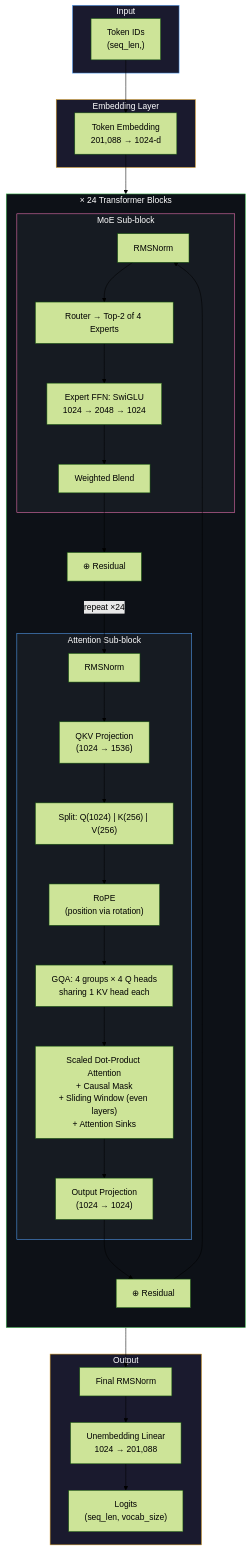
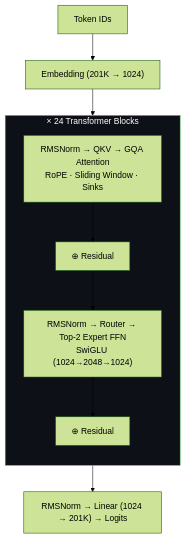
One commit to k9-007/nano-gpt-oss changed the diagram in README.md. Above: the diagram before and after it, drawn with Mermaid (forest theme).

Commit message:
Simplify architecture diagram in README

````diff
--- a/README.md
+++ b/README.md
@@ -19,55 +19,15 @@
 ```mermaid
 graph TD
-    subgraph INPUT["Input"]
-        A["Token IDs<br/>(seq_len,)"]
-    end
-
-    subgraph EMBED["Embedding Layer"]
-        B["Token Embedding<br/>201,088 → 1024-d"]
-    end
+    A["Token IDs"] --> B["Embedding (201K → 1024)"]
+    B --> BLOCK
 
     subgraph BLOCK["× 24 Transformer Blocks"]
         direction TB
-        subgraph ATTN["Attention Sub-block"]
-            C["RMSNorm"]
-            D["QKV Projection<br/>(1024 → 1536)"]
-            E["Split: Q(1024) | K(256) | V(256)"]
-            F["RoPE<br/>(position via rotation)"]
-            G["GQA: 4 groups × 4 Q heads<br/>sharing 1 KV head each"]
-            H["Scaled Dot-Product Attention<br/>+ Causal Mask<br/>+ Sliding Window (even layers)<br/>+ Attention Sinks"]
-            I["Output Projection<br/>(1024 → 1024)"]
-        end
-        J["⊕ Residual"]
-
-        subgraph MoE["MoE Sub-block"]
-            K["RMSNorm"]
-            L["Router → Top-2 of 4 Experts"]
-            M["Expert FFN: SwiGLU<br/>1024 → 2048 → 1024"]
-            N["Weighted Blend"]
-        end
-        O["⊕ Residual"]
+        C["RMSNorm → QKV → GQA Attention<br/>RoPE · Sliding Window · Sinks"] --> D["⊕ Residual"]
+        D --> E["RMSNorm → Router → Top-2 Expert FFN<br/>SwiGLU (1024→2048→1024)"] --> F["⊕ Residual"]
     end
 
-    subgraph OUTPUT["Output"]
-        P["Final RMSNorm"]
-        Q["Unembedding Linear<br/>1024 → 201,088"]
-        R["Logits<br/>(seq_len, vocab_size)"]
-    end
+    BLOCK --> G["RMSNorm → Linear (1024 → 201K) → Logits"]
 
-    A --> B
-    B --> C
-    C --> D --> E --> F --> G --> H --> I
-    I --> J
-    J --> K
-    K --> L --> M --> N
-    N --> O
-    O -->|"repeat ×24"| C
-    O --> P --> Q --> R
-
-    style INPUT fill:#1a1a2e,stroke:#58a6ff,color:#fff
-    style EMBED fill:#1a1a2e,stroke:#d29922,color:#fff
     style BLOCK fill:#0d1117,stroke:#3fb950,color:#fff
-    style ATTN fill:#161b22,stroke:#58a6ff,color:#fff
-    style MoE fill:#161b22,stroke:#f778ba,color:#fff
-    style OUTPUT fill:#1a1a2e,stroke:#d29922,color:#fff
 ```
````
